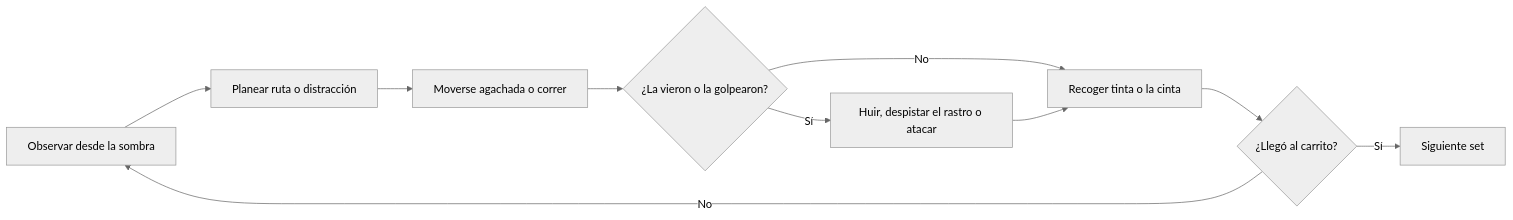
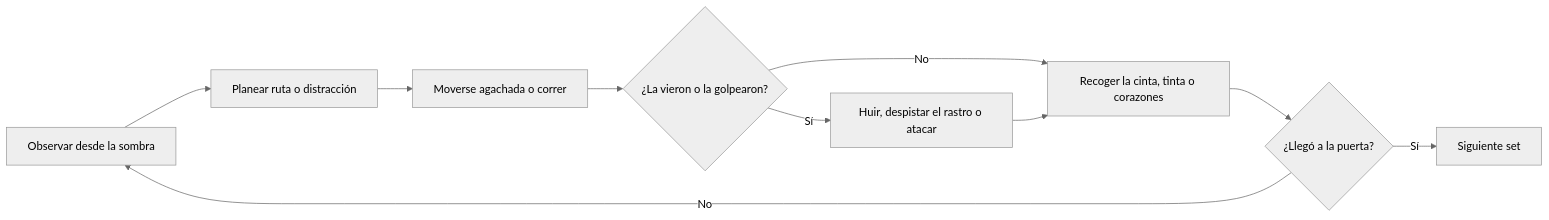
One commit to DannieLudens/last-frame-gdd changed the diagram in content/es/01-jugabilidad.md. Above: the diagram before and after it, drawn with Mermaid (neutral theme). The commit also changed other lines of this file and 15 other files, not shown here.

````diff
--- a/content/es/01-jugabilidad.md
+++ b/content/es/01-jugabilidad.md
@@ -34,12 +31,12 @@
 ```mermaid
 flowchart LR
   A[Observar desde la sombra] --> B[Planear ruta o distracción]
   B --> C[Moverse agachada o correr]
   C --> D{¿La vieron o la golpearon?}
-  D -- No --> E[Recoger tinta o la cinta]
+  D -- No --> E[Recoger la cinta, tinta o corazones]
   D -- Sí --> F[Huir, despistar el rastro o atacar]
   F --> E
-  E --> G{¿Llegó al carrito?}
+  E --> G{¿Llegó a la puerta?}
   G -- No --> A
   G -- Sí --> H[Siguiente set]
 ```
````
